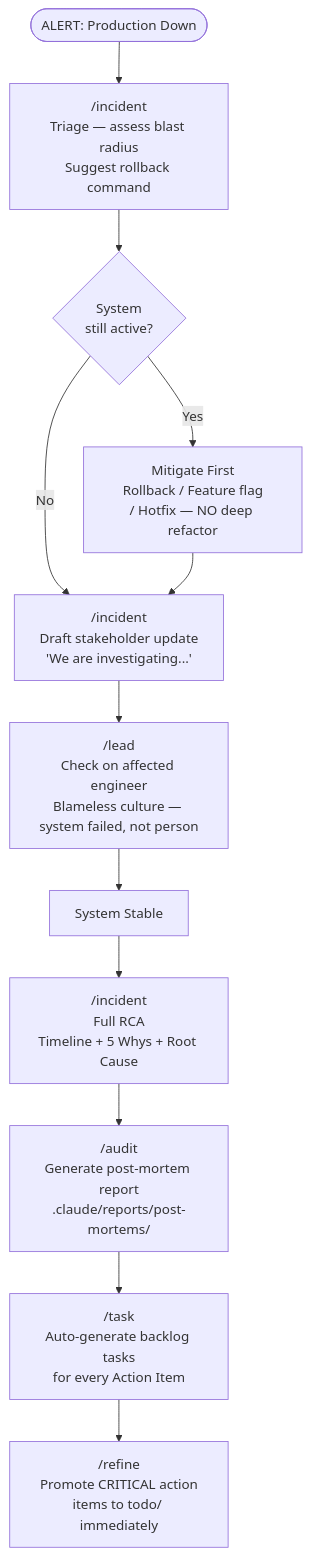
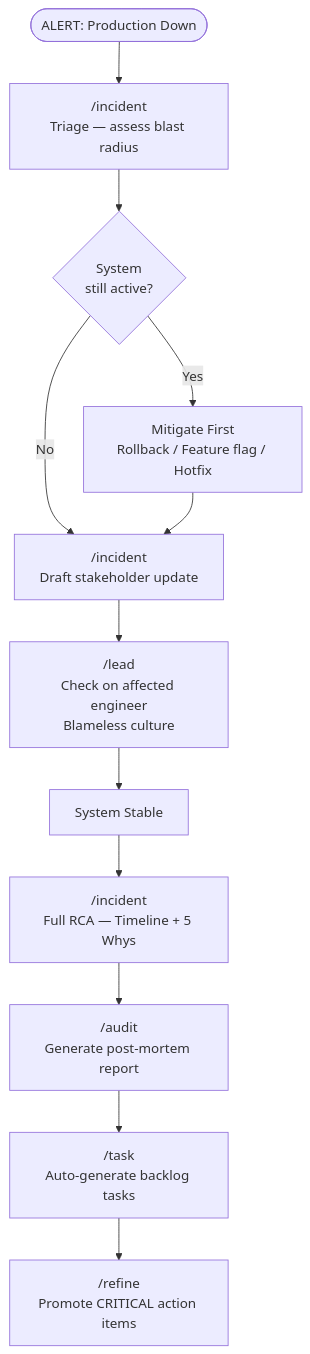
One commit to sornbuen15/drunken-ai-team changed the fifth of 6 diagrams in README.md. Above: the diagram before and after it, drawn with Mermaid. The commit also changed other lines of this file and 15 other files, not shown here.

````diff
--- a/README.md
+++ b/README.md
@@ -179,14 +459,14 @@
 ```mermaid
 flowchart TD
-    A([ALERT: Production Down]) --> B["/incident\nTriage — assess blast radius\nSuggest rollback command"]
+    A([ALERT: Production Down]) --> B["/incident\nTriage — assess blast radius"]
     B --> C{System\nstill active?}
-    C -- Yes --> D["Mitigate First\nRollback / Feature flag\n/ Hotfix — NO deep refactor"]
+    C -- Yes --> D["Mitigate First\nRollback / Feature flag / Hotfix"]
     C -- No --> E
-    D --> E["/incident\nDraft stakeholder update\n'We are investigating...'"]
-    E --> F["/lead\nCheck on affected engineer\nBlameless culture — system failed, not person"]
+    D --> E["/incident\nDraft stakeholder update"]
+    E --> F["/lead\nCheck on affected engineer\nBlameless culture"]
     F --> G["System Stable"]
-    G --> H["/incident\nFull RCA\nTimeline + 5 Whys + Root Cause"]
-    H --> I["/audit\nGenerate post-mortem report\n.claude/reports/post-mortems/"]
-    I --> J["/task\nAuto-generate backlog tasks\nfor every Action Item"]
-    J --> K["/refine\nPromote CRITICAL action\nitems to todo/ immediately"]
+    G --> H["/incident\nFull RCA — Timeline + 5 Whys"]
+    H --> I["/audit\nGenerate post-mortem report"]
+    I --> J["/task\nAuto-generate backlog tasks"]
+    J --> K["/refine\nPromote CRITICAL action items"]
 ```
````
